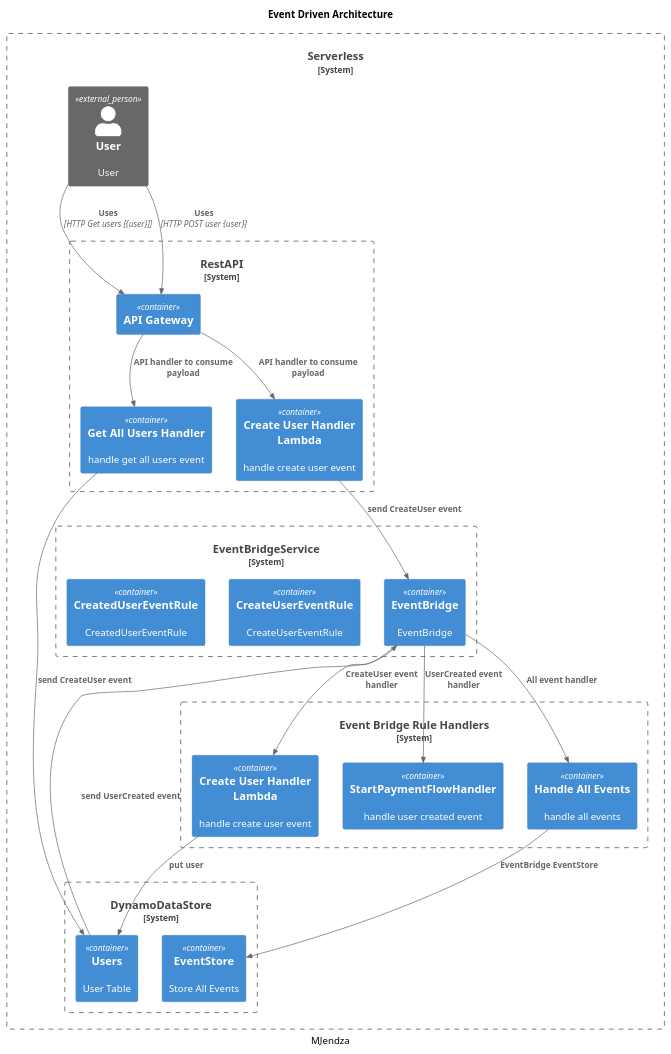
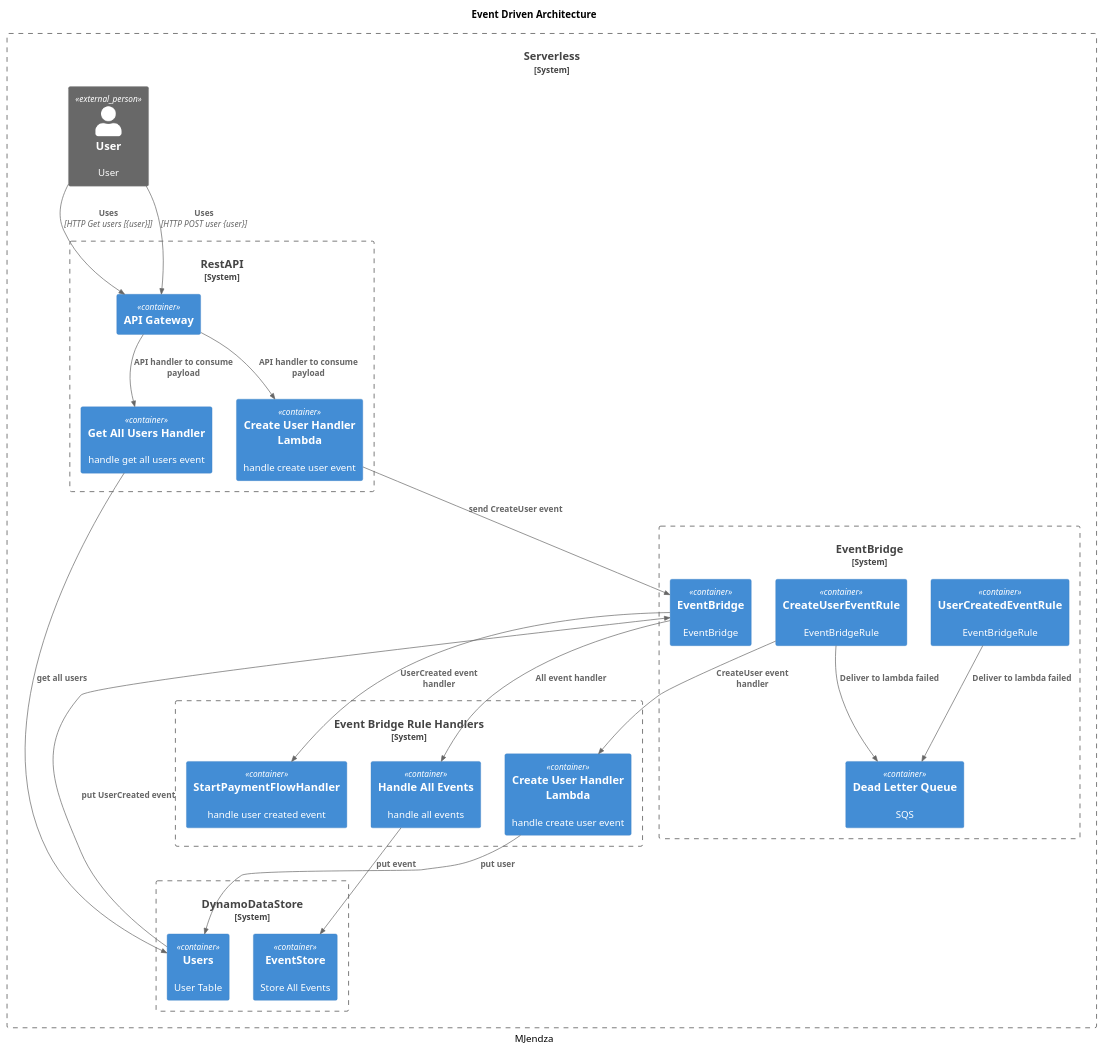
The diagram in doc/solution/event-driven-architecutre.puml (mjendza/aws-sandbox), drawn with PlantUML before and after one commit. The commit also changed 11 other files, not shown here.

Commit message:
use DLQ for async lambda

```diff
--- a/doc/solution/event-driven-architecutre.puml
+++ b/doc/solution/event-driven-architecutre.puml
@@ -1,50 +1,56 @@
 @startuml Event Driven Architecture
 !includeurl https://raw.githubusercontent.com/RicardoNiepel/C4-PlantUML/release/1-0/C4_Container.puml
 
 title
 Event Driven Architecture
 end title
 
 caption MJendza
 
 System_Boundary(B2CTenant, "Serverless") {
    System_Boundary(RestAPI, "RestAPI") {
             Container(API, "API Gateway", "", "")
             Container(LambdaRestGetUsersHandler, "Get All Users Handler", "", "handle get all users event")
             Container(LambdaRestPostUserHandler, "Create User Handler Lambda", "", "handle create user event")
    }
    System_Boundary(EventBridgeRuleHandlers, "Event Bridge Rule Handlers") {
            Container(LambdaCreateUserHandler, "Create User Handler Lambda", "", "handle create user event")
            Container(StartPaymentFlowHandler, "StartPaymentFlowHandler", "", "handle user created event")
            Container(LambdaEventStoreHandler, "Handle All Events", "", "handle all events")
    }
    Person_Ext(EndUser, User, "User")
 
    System_Boundary(DynamoDataStore, "DynamoDataStore") {
         Container(EventStore, "EventStore", "", "Store All Events")
         Container(Users, "Users", "", "User Table")
    }
 
-   System_Boundary(EventBridgeService, "EventBridgeService") {
+   System_Boundary(EventBridgeService, "EventBridge") {
         Container(EventBridge, "EventBridge", "", "EventBridge")
-        Container(CreateUserEventRule, "CreateUserEventRule", "", "CreateUserEventRule")
-        Container(CreatedUserEventRule, "CreatedUserEventRule", "", "CreatedUserEventRule")
+        Container(DLQ, "Dead Letter Queue", "", "SQS")
+        Container(CreateUserEventRule, "CreateUserEventRule", "", "EventBridgeRule")
+        Container(CreatedUserEventRule, "UserCreatedEventRule", "", "EventBridgeRule")
+
    }
 }
+
 Rel(EndUser, API, "Uses", "HTTP Get users [{user}]")
 Rel(API, LambdaRestGetUsersHandler, "API handler to consume payload")
-Rel(LambdaRestGetUsersHandler, Users, "send CreateUser event")
+Rel(LambdaRestGetUsersHandler, Users, "get all users")
 
 Rel(EndUser, API, "Uses", "HTTP POST user {user}")
 Rel(API, LambdaRestPostUserHandler, "API handler to consume payload")
 Rel(LambdaRestPostUserHandler, EventBridge, "send CreateUser event")
 
-Rel(EventBridge, LambdaCreateUserHandler, "CreateUser event handler")
+Rel(CreateUserEventRule, LambdaCreateUserHandler, "CreateUser event handler")
+Rel(CreateUserEventRule, DLQ, "Deliver to lambda failed")
+Rel(CreatedUserEventRule, DLQ, "Deliver to lambda failed")
+
 Rel(LambdaCreateUserHandler, Users, "put user")
 
-Rel(Users, EventBridge, "send UserCreated event")
+Rel(Users, EventBridge, "put UserCreated event")
 
 Rel(EventBridge, StartPaymentFlowHandler, "UserCreated event handler")
 Rel(EventBridge, LambdaEventStoreHandler, "All event handler")
-Rel(LambdaEventStoreHandler, EventStore, "EventBridge EventStore")
+Rel(LambdaEventStoreHandler, EventStore, "put event")
 @enduml
```
